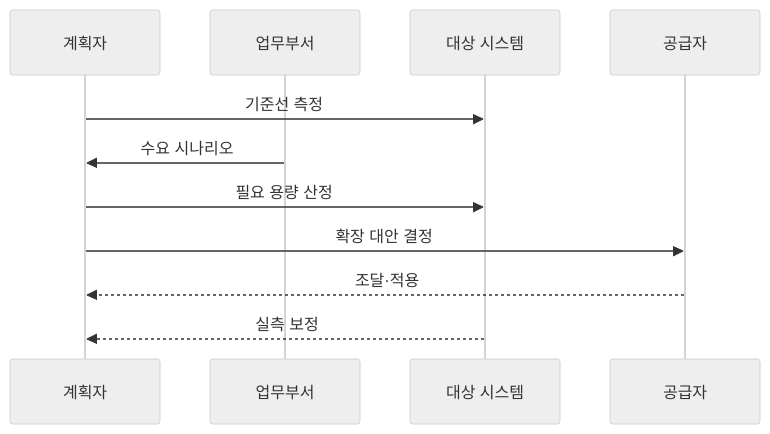
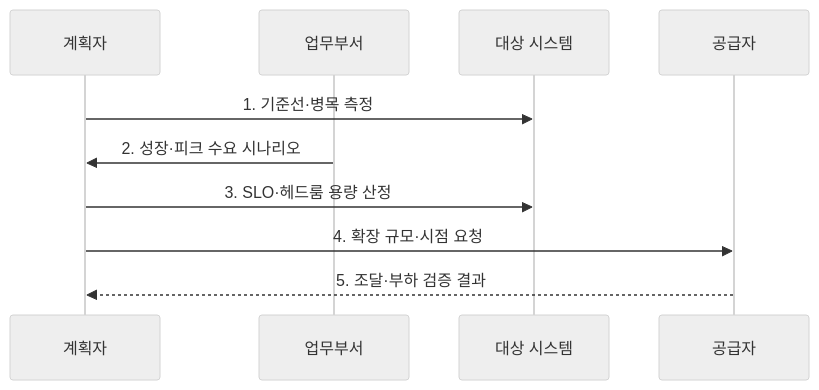
The second of 2 diagrams in src/content/docs/notes/06-evaluation/050_capacity_planning.md (agnusdei1207/knowledge-base), drawn with Mermaid (neutral theme) before and after one commit. The commit also changed other lines of this file and 9 other files, not shown here.

````diff
--- a/src/content/docs/notes/06-evaluation/050_capacity_planning.md
+++ b/src/content/docs/notes/06-evaluation/050_capacity_planning.md
@@ -82,13 +82,12 @@
 ```mermaid
 sequenceDiagram
     participant P as 계획자
     participant B as 업무부서
     participant S as 대상 시스템
     participant V as 공급자
-    P->>S: 기준선 측정
-    B->>P: 수요 시나리오
-    P->>S: 필요 용량 산정
-    P->>V: 확장 대안 결정
-    V-->>P: 조달·적용
-    S-->>P: 실측 보정
+    P->>S: 1. 기준선·병목 측정
+    B->>P: 2. 성장·피크 수요 시나리오
+    P->>S: 3. SLO·헤드룸 용량 산정
+    P->>V: 4. 확장 규모·시점 요청
+    V-->>P: 5. 조달·부하 검증 결과
 ```
````
